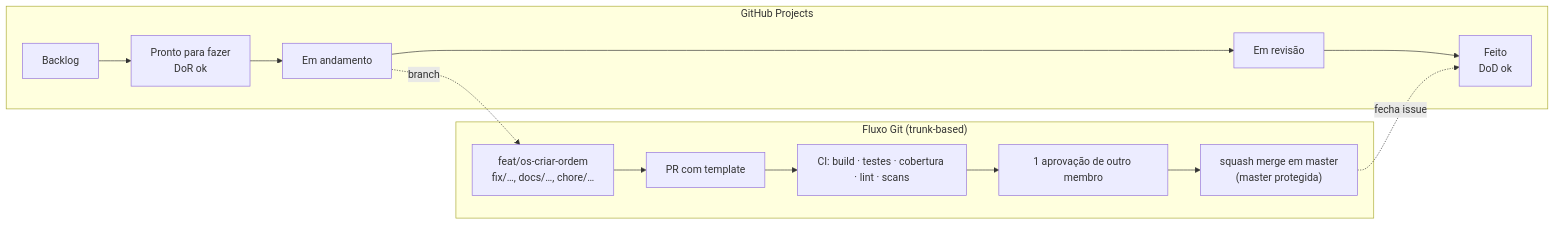
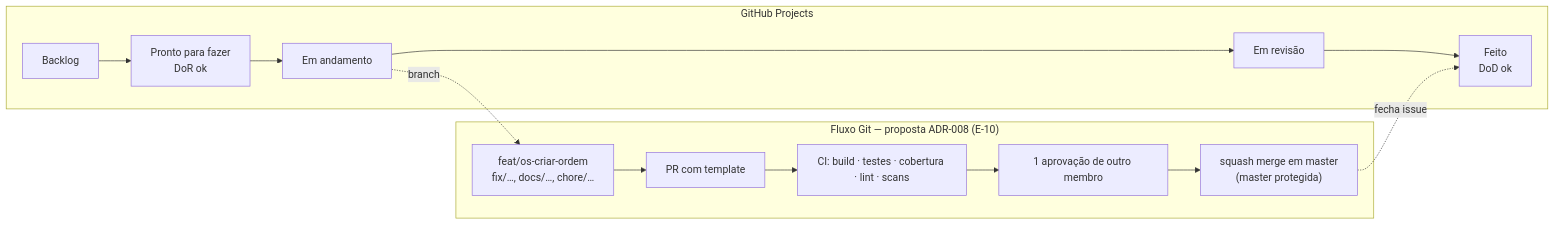
The second of 2 diagrams in docs/00-guia-do-grupo/como-trabalhamos.md (HermandoThiago/FIAP-SOAT), drawn with Mermaid before and after one commit. The commit also changed other lines of this file and 4 other files, not shown here.

````diff
--- a/docs/00-guia-do-grupo/como-trabalhamos.md
+++ b/docs/00-guia-do-grupo/como-trabalhamos.md
@@ -56,12 +59,12 @@
 ```mermaid
 flowchart LR
     subgraph Kanban["GitHub Projects"]
         B1[Backlog] --> B2[Pronto para fazer<br/>DoR ok] --> B3[Em andamento] --> B4[Em revisão] --> B5[Feito<br/>DoD ok]
     end
     B3 -. branch .-> G1
-    subgraph Git["Fluxo Git (trunk-based)"]
+    subgraph Git["Fluxo Git — proposta ADR-008 (E-10)"]
         G1["feat/os-criar-ordem<br/>fix/…, docs/…, chore/…"] --> G2[PR com template] --> G3[CI: build · testes · cobertura · lint · scans]
         G3 --> G4[1 aprovação de outro membro] --> G5["squash merge em master<br/>(master protegida)"]
     end
     G5 -. fecha issue .-> B5
 ```
````
